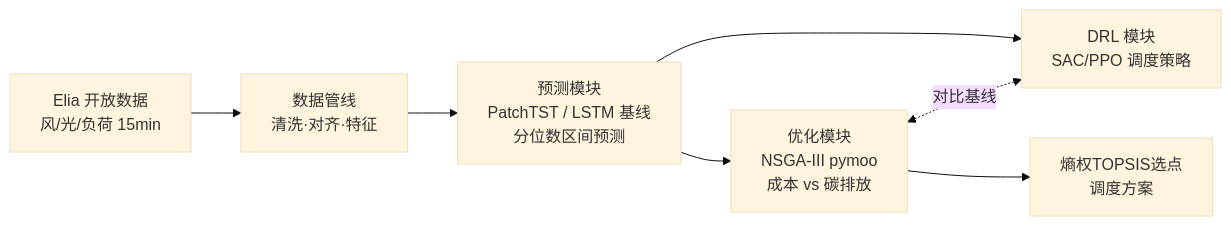
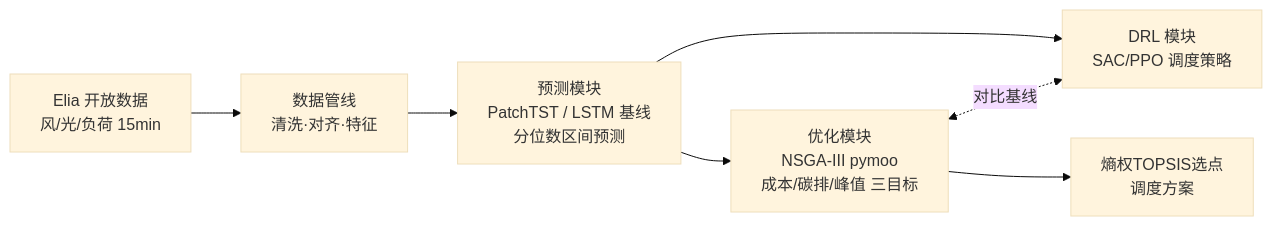
Before and after one commit to huanggeyu717-beep/microgrid-dispatch: the diagram in README.md, drawn with Mermaid (base theme). The commit also changed other lines of this file and 42 other files, not shown here.

Commit message:
refactor: config-driven assembly (_target_), 3-objective NSGA-III, scenario system; docs: CLAUDE.md task board + per-task specs

````diff
--- a/README.md
+++ b/README.md
@@ -7,9 +7,9 @@
 ```mermaid
 flowchart LR
     A[Elia 开放数据<br>风/光/负荷 15min] --> B[数据管线<br>清洗·对齐·特征]
     B --> C[预测模块<br>PatchTST / LSTM 基线<br>分位数区间预测]
-    C --> D[优化模块<br>NSGA-III pymoo<br>成本 vs 碳排放]
+    C --> D[优化模块<br>NSGA-III pymoo<br>成本/碳排/峰值 三目标]
     C --> E[DRL 模块<br>SAC/PPO 调度策略]
     D <-.对比基线.-> E
     D --> F[熵权TOPSIS选点<br>调度方案]
 ```
````
